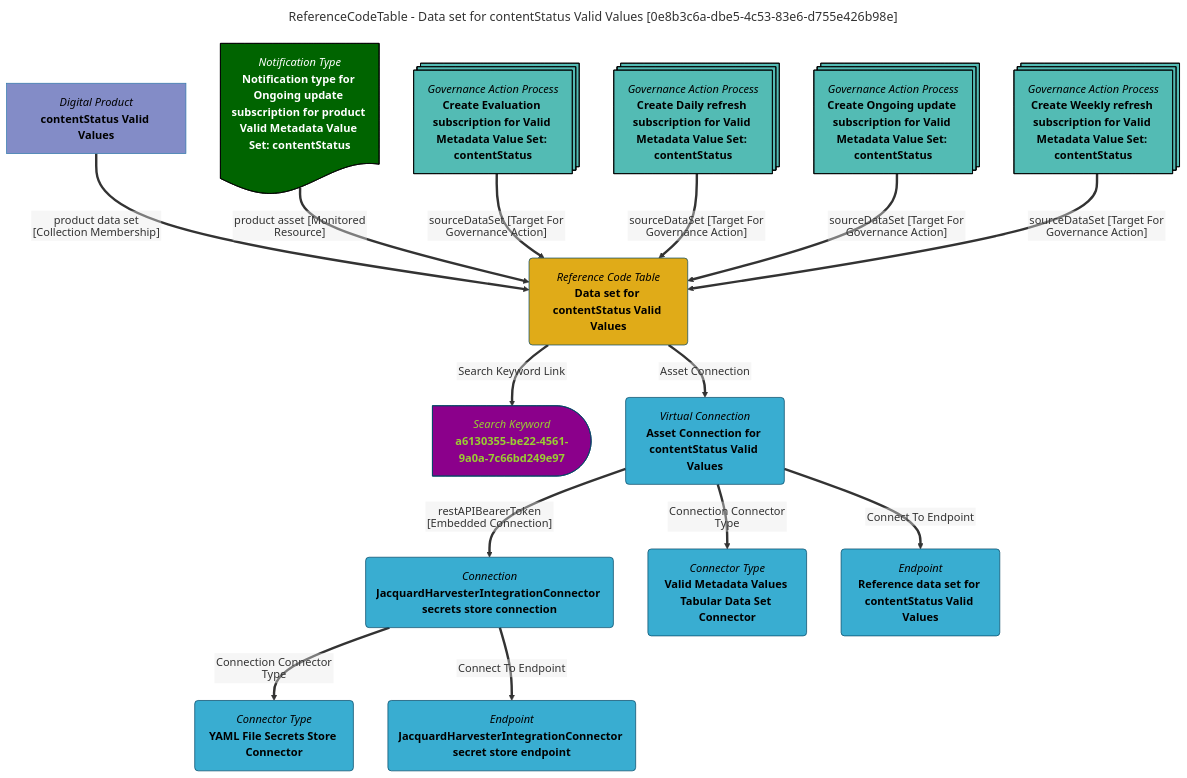
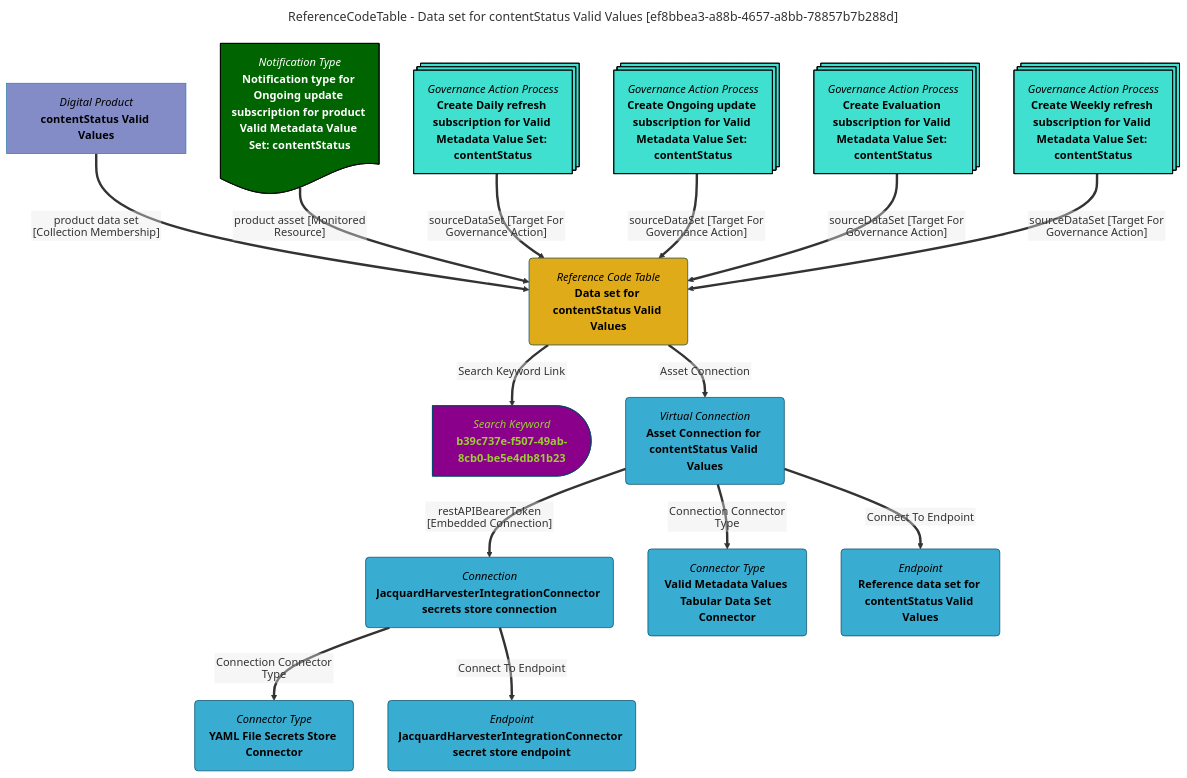
One commit to odpi/egeria-docs changed the diagram in site/snippets/data-assets/data-set-for-contentstatus-valid-values-mermaid-graph.md. Above: the diagram before and after it, drawn with Mermaid. The commit also changed 2201 other files, not shown here.

````diff
--- a/site/snippets/data-assets/data-set-for-contentstatus-valid-values-mermaid-graph.md
+++ b/site/snippets/data-assets/data-set-for-contentstatus-valid-values-mermaid-graph.md
@@ -1,63 +1,63 @@
 ```mermaid
 ---
-title: ReferenceCodeTable - Data set for contentStatus Valid Values [0e8b3c6a-dbe5-4c53-83e6-d755e426b98e]
+title: ReferenceCodeTable - Data set for contentStatus Valid Values [ef8bbea3-a88b-4657-a8bb-78857b7b288d]
 ---
 flowchart TD
 %%{init: {"flowchart": {"htmlLabels": false}} }%%
 
 1@{ shape: rounded, label: "*Reference Code Table*
 **Data set for contentStatus Valid Values**"}
 2@{ shape: delay, label: "*Search Keyword*
-**a6130355-be22-4561-9a0a-7c66bd249e97**"}
+**b39c737e-f507-49ab-8cb0-be5e4db81b23**"}
 1==>|"Search Keyword Link"|2
 3@{ shape: rect, label: "*Digital Product*
 **contentStatus Valid Values**"}
 3==>|"product data set [Collection Membership]"|1
 4@{ shape: rounded, label: "*Virtual Connection*
 **Asset Connection for contentStatus Valid Values**"}
 1==>|"Asset Connection"|4
 5@{ shape: rounded, label: "*Connection*
 **JacquardHarvesterIntegrationConnector secrets store connection**"}
 4==>|"restAPIBearerToken [Embedded Connection]"|5
 6@{ shape: rounded, label: "*Connector Type*
 **YAML File Secrets Store Connector**"}
 5==>|"Connection Connector Type"|6
 7@{ shape: rounded, label: "*Endpoint*
 **JacquardHarvesterIntegrationConnector secret store endpoint**"}
 5==>|"Connect To Endpoint"|7
 8@{ shape: rounded, label: "*Connector Type*
 **Valid Metadata Values Tabular Data Set Connector**"}
 4==>|"Connection Connector Type"|8
 9@{ shape: rounded, label: "*Endpoint*
 **Reference data set for contentStatus Valid Values**"}
 4==>|"Connect To Endpoint"|9
 10@{ shape: doc, label: "*Notification Type*
 **Notification type for Ongoing update subscription for product Valid Metadata Value Set: contentStatus**"}
 10==>|"product asset [Monitored Resource]"|1
 11@{ shape: processes, label: "*Governance Action Process*
-**Create Evaluation subscription for Valid Metadata Value Set: contentStatus**"}
+**Create Daily refresh subscription for Valid Metadata Value Set: contentStatus**"}
 11==>|"sourceDataSet [Target For Governance Action]"|1
 12@{ shape: processes, label: "*Governance Action Process*
-**Create Daily refresh subscription for Valid Metadata Value Set: contentStatus**"}
+**Create Ongoing update subscription for Valid Metadata Value Set: contentStatus**"}
 12==>|"sourceDataSet [Target For Governance Action]"|1
 13@{ shape: processes, label: "*Governance Action Process*
-**Create Ongoing update subscription for Valid Metadata Value Set: contentStatus**"}
+**Create Evaluation subscription for Valid Metadata Value Set: contentStatus**"}
 13==>|"sourceDataSet [Target For Governance Action]"|1
 14@{ shape: processes, label: "*Governance Action Process*
 **Create Weekly refresh subscription for Valid Metadata Value Set: contentStatus**"}
 14==>|"sourceDataSet [Target For Governance Action]"|1
-style 11 color:#000000, fill:#53bbb4, stroke:#000000
-style 12 color:#000000, fill:#53bbb4, stroke:#000000
-style 13 color:#000000, fill:#53bbb4, stroke:#000000
-style 14 color:#000000, fill:#53bbb4, stroke:#000000
+style 11 color:#000000, fill:#40E0D0, stroke:#000000
+style 12 color:#000000, fill:#40E0D0, stroke:#000000
+style 13 color:#000000, fill:#40E0D0, stroke:#000000
+style 14 color:#000000, fill:#40E0D0, stroke:#000000
 style 1 color:#000000, fill:#e0ab18, stroke:#004563
-style 2 color:#9acd32, fill:#8b008b, stroke:#004563
+style 2 color:#9ACD32, fill:#8B008B, stroke:#004563
 style 3 color:#000000, fill:#838cc7, stroke:#3079ab
 style 4 color:#000000, fill:#39add1, stroke:#004563
 style 5 color:#000000, fill:#39add1, stroke:#004563
 style 6 color:#000000, fill:#39add1, stroke:#004563
 style 7 color:#000000, fill:#39add1, stroke:#004563
 style 8 color:#000000, fill:#39add1, stroke:#004563
 style 9 color:#000000, fill:#39add1, stroke:#004563
 style 10 color:#FFFFFF, fill:#006400, stroke:#000000
 ```
````
